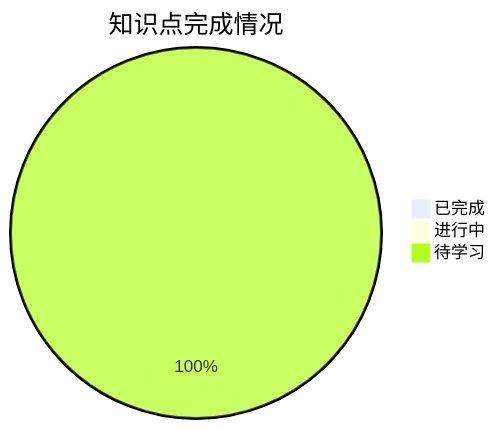
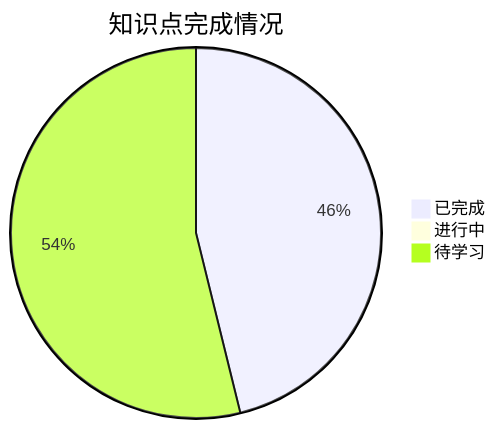
One commit to Treasoni/kaoyan changed the diagram in 考研数学/高数-一元微分学/一元微分学的概念/📊 学习进度.md. Above: the diagram before and after it, drawn with Mermaid. The commit also changed other lines of this file and 21 other files, not shown here.

````diff
--- a/考研数学/高数-一元微分学/一元微分学的概念/📊 学习进度.md
+++ b/考研数学/高数-一元微分学/一元微分学的概念/📊 学习进度.md
@@ -13,6 +13,6 @@
 ```mermaid
 pie title 知识点完成情况
-    "已完成" : 0
+    "已完成" : 6
     "进行中" : 0
-    "待学习" : 13
+    "待学习" : 7
 ```
````
